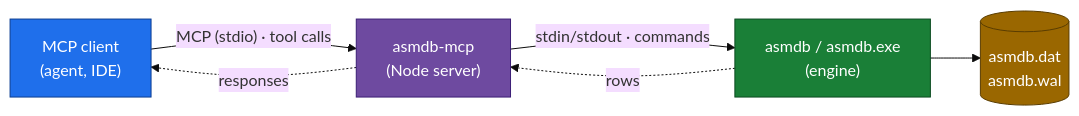
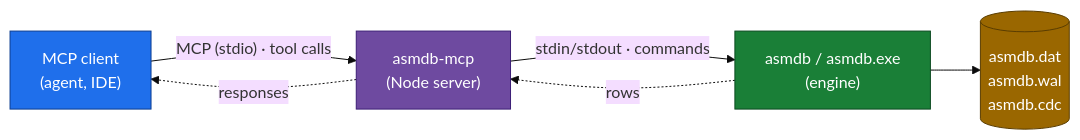
One commit to fredgis/asmDB changed the diagram in mcp/README.md. Above: the diagram before and after it, drawn with Mermaid (base theme). The commit also changed other lines of this file and 30 other files, not shown here.

````diff
--- a/mcp/README.md
+++ b/mcp/README.md
@@ -12,21 +16,21 @@
 ```mermaid
 flowchart LR
     CLIENT["MCP client<br/>(agent, IDE)"]
     SERVER["asmdb-mcp<br/>(Node server)"]
     ENGINE["asmdb / asmdb.exe<br/>(engine)"]
-    FILES[("asmdb.dat<br/>asmdb.wal")]
+    FILES[("asmdb.dat<br/>asmdb.wal<br/>asmdb.cdc")]
     CLIENT -->|"MCP (stdio) · tool calls"| SERVER
     SERVER -->|"stdin/stdout · commands"| ENGINE
     ENGINE --> FILES
     SERVER -.->|responses| CLIENT
     ENGINE -.->|rows| SERVER
 
     classDef client fill:#1f6feb,stroke:#0b3d91,color:#fff
     classDef server fill:#6e4aa0,stroke:#3b1e75,color:#fff
     classDef engine fill:#1a7f37,stroke:#0b4a20,color:#fff
     classDef store fill:#9a6700,stroke:#5a3d00,color:#fff
     class CLIENT client
     class SERVER server
     class ENGINE engine
     class FILES store
 ```
````
